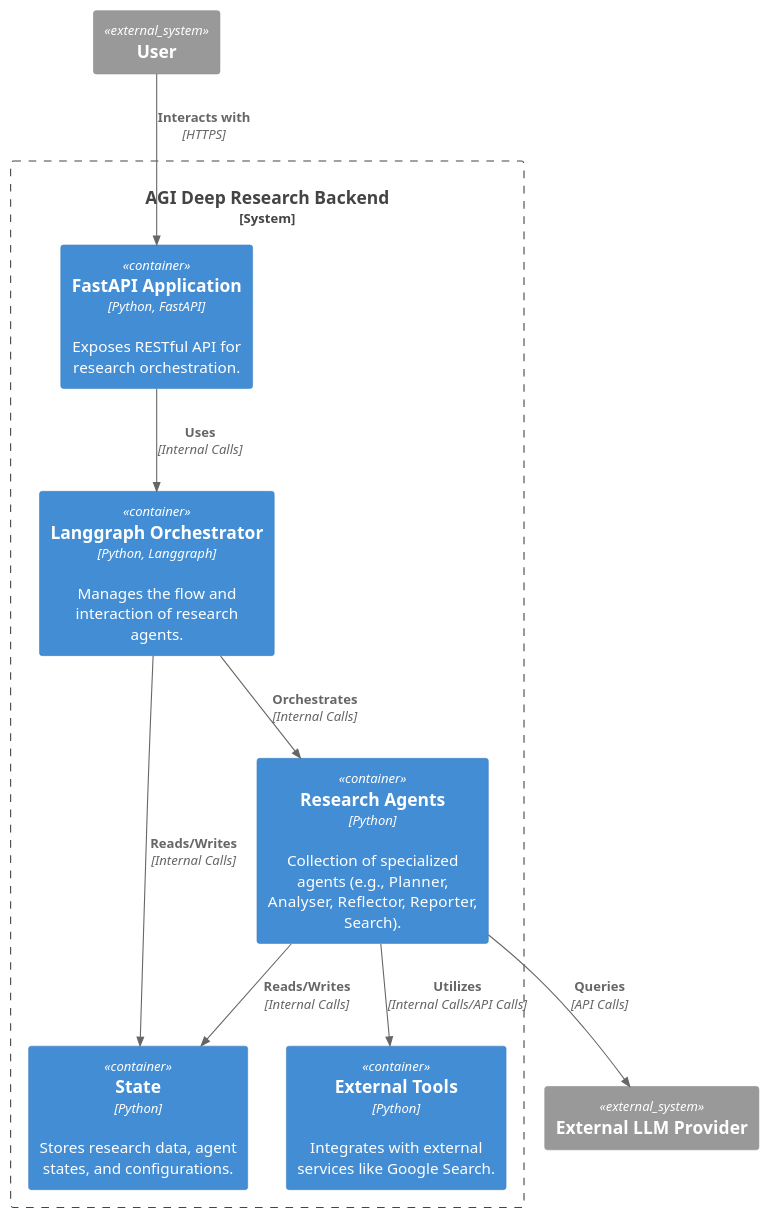
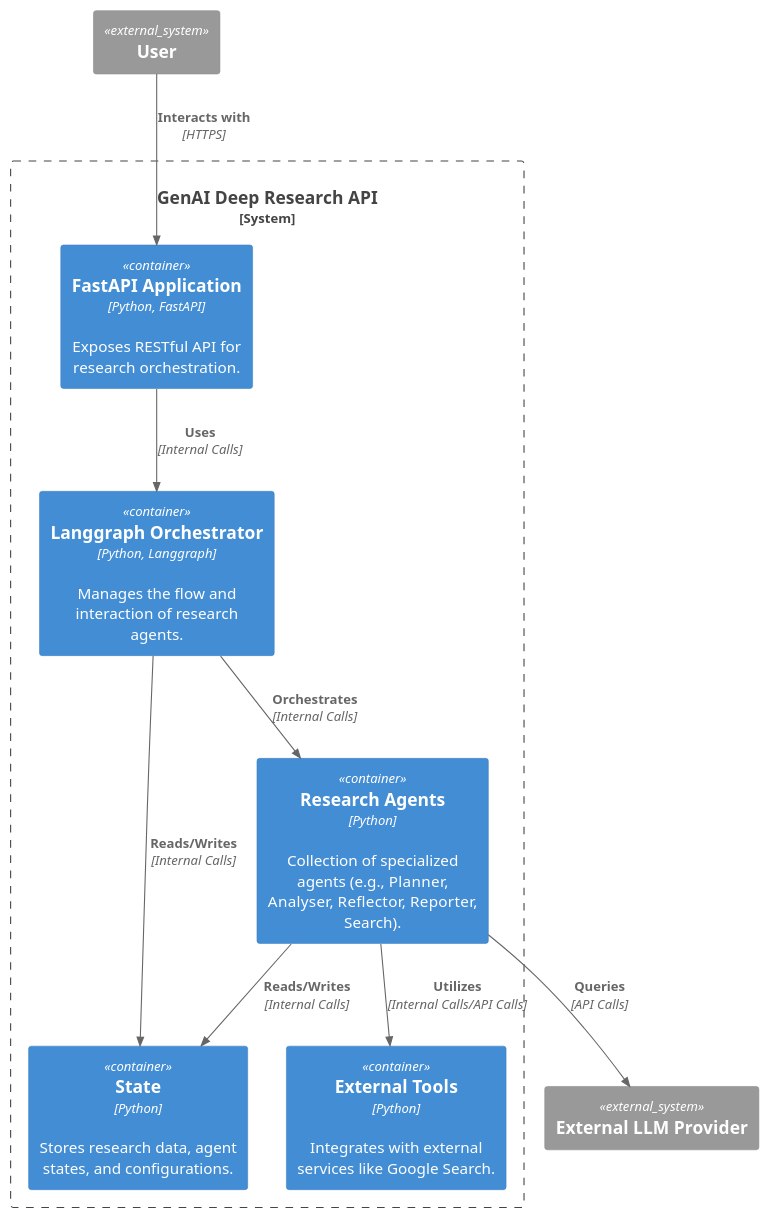
Before and after one commit to faawx/agentic-research-api-poc: the diagram in architecture.puml, drawn with PlantUML. The commit also changed 3 other files, not shown here.

```diff
--- a/architecture.puml
+++ b/architecture.puml
@@ -1,28 +1,28 @@
 @startuml
 !include https://raw.githubusercontent.com/plantuml-stdlib/C4-PlantUML/master/C4_Container.puml
 
-' C2 Model for AGI Deep Research Backend
+' C2 Model for GenAI Deep Research API
 
-System_Boundary(c1, "AGI Deep Research Backend") {
+System_Boundary(c1, "GenAI Deep Research API") {
 
     Container(api, "FastAPI Application", "Python, FastAPI", "Exposes RESTful API for research orchestration.")
     Container(langgraph, "Langgraph Orchestrator", "Python, Langgraph", "Manages the flow and interaction of research agents.")
     Container(agents, "Research Agents", "Python", "Collection of specialized agents (e.g., Planner, Analyser, Reflector, Reporter, Search).")
     Container(tools, "External Tools", "Python", "Integrates with external services like Google Search.")
     Container(database, "State", "Python", "Stores research data, agent states, and configurations.")
 
     Rel(api, langgraph, "Uses", "Internal Calls")
     Rel(langgraph, agents, "Orchestrates", "Internal Calls")
     Rel(agents, tools, "Utilizes", "Internal Calls/API Calls")
     Rel(langgraph, database, "Reads/Writes", "Internal Calls")
     Rel(agents, database, "Reads/Writes", "Internal Calls")
 
 }
 
 System_Ext(user, "User")
 System_Ext(external_llm, "External LLM Provider")
 
 Rel(user, api, "Interacts with", "HTTPS")
 Rel(agents, external_llm, "Queries", "API Calls")
 
 @enduml
```
